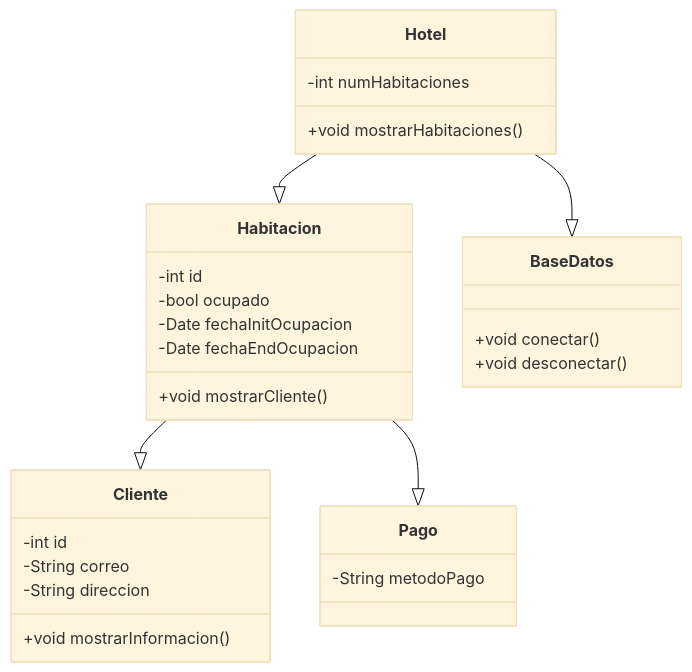
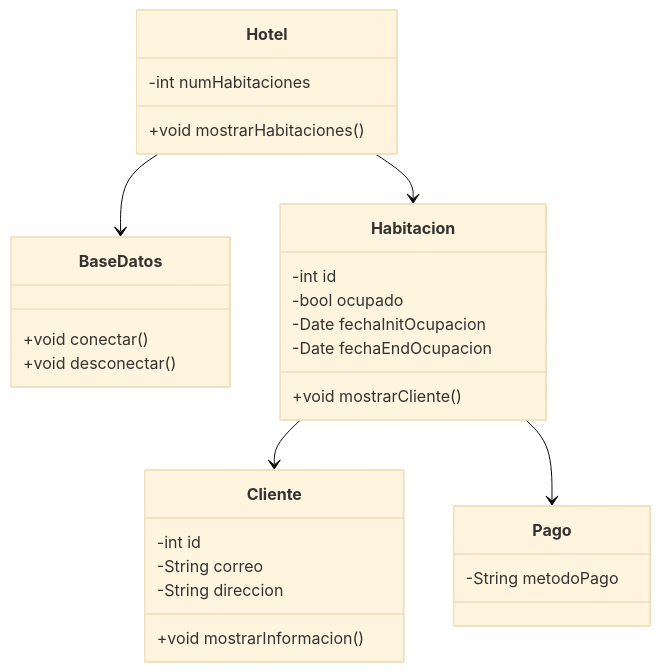
The diagram in README.md (puj-course/fis_2024_g1), drawn with Mermaid (base theme) before and after one commit. The commit also changed other lines of this file, not shown here.

````diff
--- a/README.md
+++ b/README.md
@@ -40,37 +40,38 @@
 ```mermaid
  classDiagram
-    Hotel --|> Habitacion
-    Hotel --|> BaseDatos
-    Habitacion --|> Cliente
-    Habitacion --|> Pago 
+    
+    Hotel --> BaseDatos
+    Habitacion --> Cliente
+    Habitacion --> Pago
+    Hotel --> Habitacion
 
     class Pago{
         -String metodoPago
     }
 
     class Habitacion{
         -int id
         -bool ocupado
         -Date fechaInitOcupacion
         -Date fechaEndOcupacion
         +void mostrarCliente()
     }
     
     class Hotel{
         -int numHabitaciones
         +void mostrarHabitaciones()
     }
 
     class Cliente{
         -int id
         -String correo
         -String direccion
         +void mostrarInformacion()
     }  
 
     class BaseDatos{
         +void conectar()
         +void desconectar()
     }
     
 ```  
````
